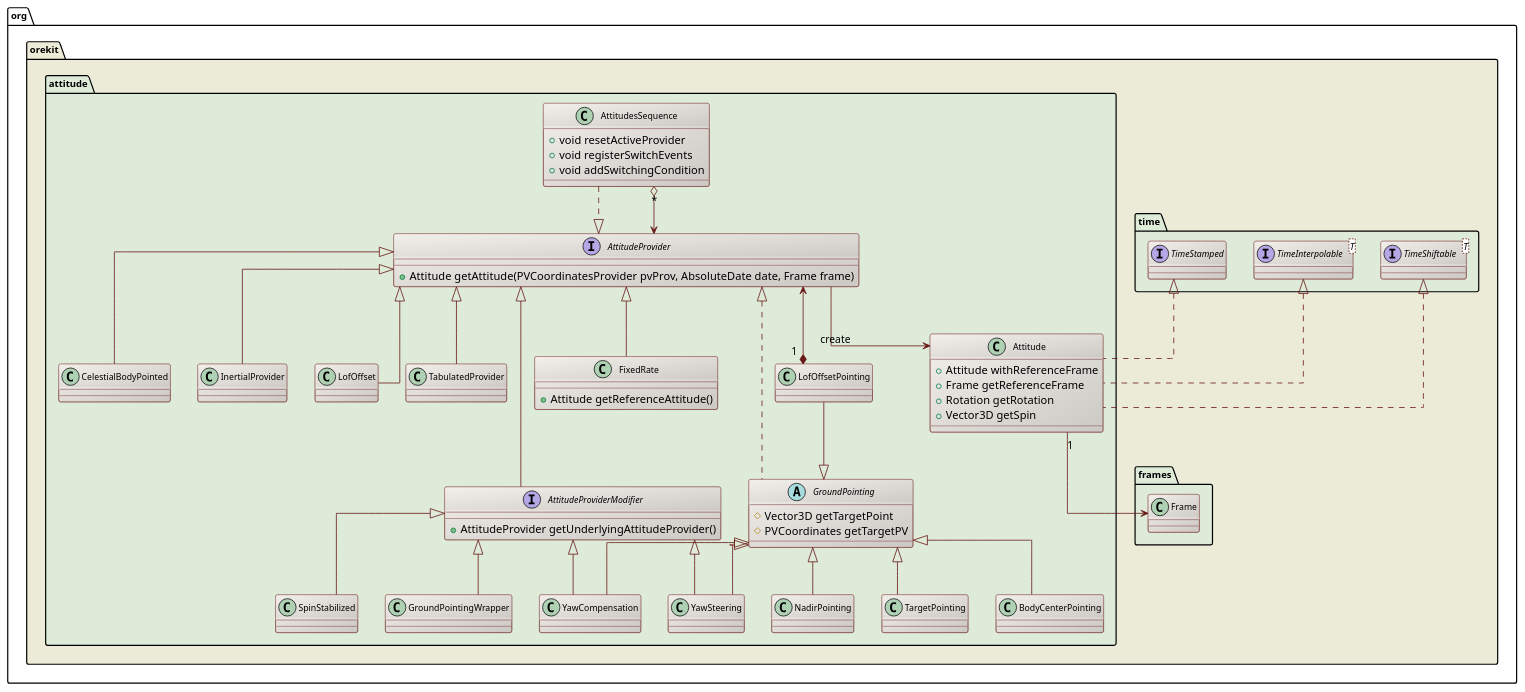
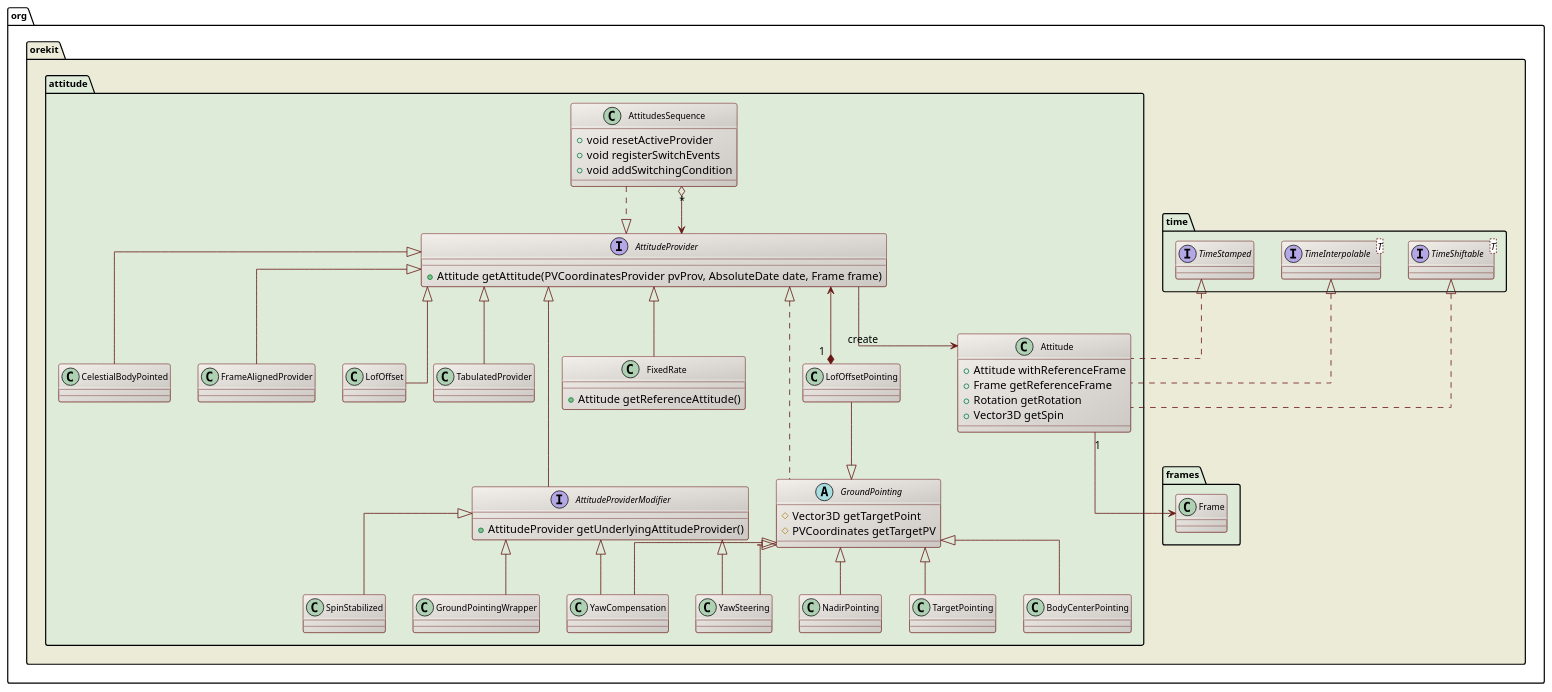
One commit to CS-SI/Orekit changed the diagram in src/design/attitude-class-diagram.puml. Above: the diagram before and after it, drawn with PlantUML. The commit also changed 68 other files, not shown here.

Commit message:
Rename InertialProvider into FrameAlignedProvider

```diff
--- a/src/design/attitude-class-diagram.puml
+++ b/src/design/attitude-class-diagram.puml
@@ -17,89 +17,89 @@
 @startuml
 
   skinparam svek                  true
   skinparam ClassBackgroundColor  #F3EFEB/CCC9C5
   skinparam ClassArrowColor       #691616
   skinparam ClassBorderColor      #691616
   skinparam NoteBackgroundColor   #F3EFEB
   skinparam NoteBorderColor       #691616
   skinparam NoteFontColor         #691616
   skinparam ClassFontSize         11
   skinparam PackageFontSize       12
   skinparam linetype              ortho
 
   package org.orekit #ECEBD8 {
 
     package frames #DDEBD8 {
       class Frame
     }
 
     package time #DDEBD8 {
       interface TimeStamped
       interface "TimeShiftable<T>" as TimeShiftable_T_
       interface "TimeInterpolable<T>" as TimeInterpolable_T_
     }
 
     package attitude #DDEBD8 {
 
       class Attitude {
         +Attitude withReferenceFrame
         +Frame getReferenceFrame
         +Rotation getRotation
         +Vector3D getSpin
       }
 
       class AttitudesSequence {
         +void resetActiveProvider
         +void registerSwitchEvents
         +void addSwitchingCondition
       }
 
       interface AttitudeProvider {
         + Attitude getAttitude(PVCoordinatesProvider pvProv, AbsoluteDate date, Frame frame)
       }
 
       class FixedRate {
         +Attitude getReferenceAttitude()
       }
 
       interface AttitudeProviderModifier {
         +AttitudeProvider getUnderlyingAttitudeProvider()
       }
 
       abstract class GroundPointing {
         #Vector3D getTargetPoint
         #PVCoordinates getTargetPV
       }
 
       Frame            <-up- "1" Attitude 
       Attitude         <-up- AttitudeProvider : create
       TimeStamped      <|.. Attitude
       TimeShiftable_T_ <|.. Attitude
       TimeInterpolable_T_ <|.. Attitude
       AttitudeProvider             <|-- FixedRate
       AttitudeProvider <|-- AttitudeProviderModifier
       AttitudesSequence ..|> AttitudeProvider
       AttitudesSequence "*" o--> AttitudeProvider
       AttitudeProvider <--* "1" LofOffsetPointing 
       AttitudeProvider <|.. GroundPointing
       LofOffsetPointing            --|> GroundPointing
 
       AttitudeProviderModifier     <|-- SpinStabilized
       AttitudeProviderModifier     <|-- GroundPointingWrapper
       GroundPointing               <|-- BodyCenterPointing
       GroundPointing               <|-- NadirPointing
       GroundPointing               <|-- TargetPointing
       GroundPointing               <|-- YawCompensation
       AttitudeProviderModifier     <|-- YawCompensation
       GroundPointing               <|-- YawSteering
       AttitudeProviderModifier     <|-- YawSteering
       AttitudeProvider             <|-- CelestialBodyPointed
-      AttitudeProvider             <|-- InertialProvider
+      AttitudeProvider             <|-- FrameAlignedProvider
       AttitudeProvider             <|-- LofOffset
       AttitudeProvider             <|-- TabulatedProvider
 
     }
 
   }
 
 @enduml
```
